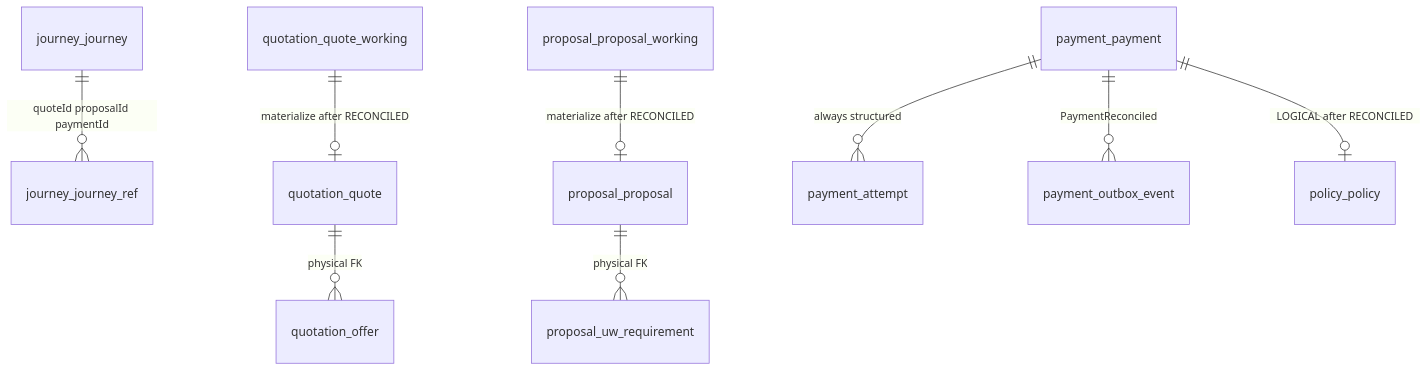
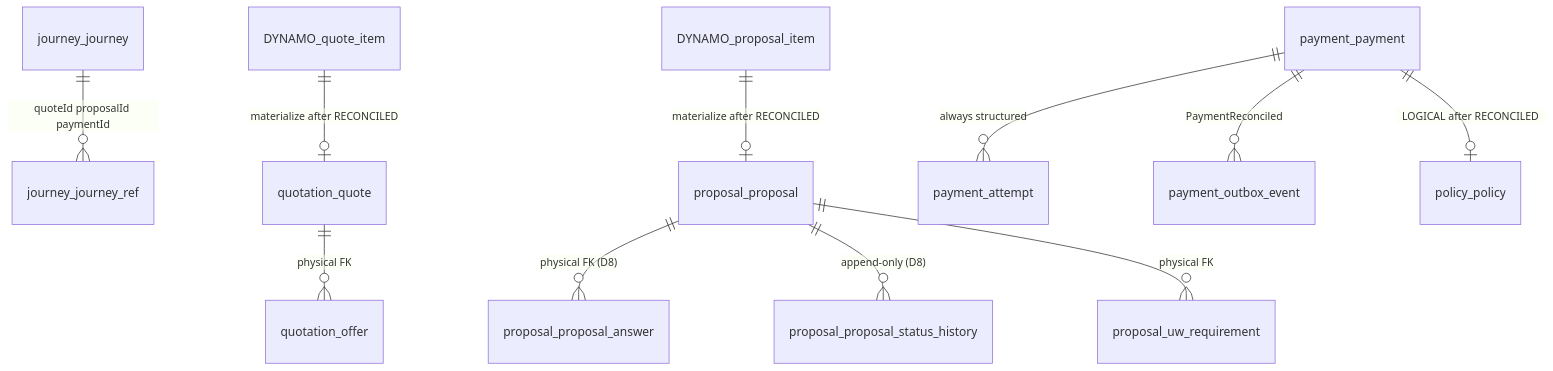
One commit to Mahesh38/bank-insurance-platform changed the fourth of 4 diagrams in docs/platform/data-architecture/06-journey-orchestrator-and-working-payload.md. Above: the diagram before and after it, drawn with Mermaid. The commit also changed other lines of this file and 348 other files, not shown here.

````diff
--- a/docs/platform/data-architecture/06-journey-orchestrator-and-working-payload.md
+++ b/docs/platform/data-architecture/06-journey-orchestrator-and-working-payload.md
@@ -428,11 +441,13 @@
 ```mermaid
 erDiagram
     journey_journey ||--o{ journey_journey_ref : "quoteId proposalId paymentId"
-    quotation_quote_working ||--o| quotation_quote : "materialize after RECONCILED"
+    DYNAMO_quote_item ||--o| quotation_quote : "materialize after RECONCILED"
     quotation_quote ||--o{ quotation_offer : "physical FK"
-    proposal_proposal_working ||--o| proposal_proposal : "materialize after RECONCILED"
+    DYNAMO_proposal_item ||--o| proposal_proposal : "materialize after RECONCILED"
+    proposal_proposal ||--o{ proposal_proposal_answer : "physical FK (D8)"
+    proposal_proposal ||--o{ proposal_proposal_status_history : "append-only (D8)"
     proposal_proposal ||--o{ proposal_uw_requirement : "physical FK"
     payment_payment ||--o{ payment_attempt : "always structured"
     payment_payment ||--o{ payment_outbox_event : "PaymentReconciled"
     payment_payment ||--o| policy_policy : "LOGICAL after RECONCILED"
 ```
````
